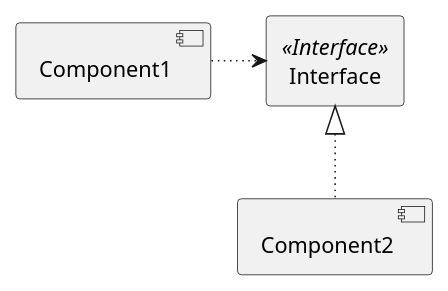
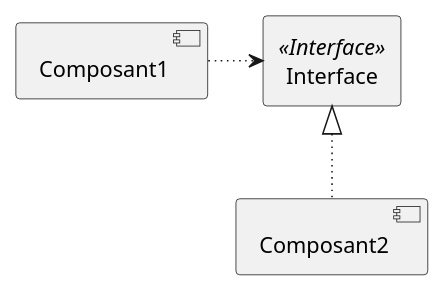
One commit to gigl-uml/Guide_uml_polymtl changed the diagram in plant_uml/interfaceDependenciesExample.plantuml. Above: the diagram before and after it, drawn with PlantUML. The commit also changed 10 other files, not shown here.

```diff
--- a/plant_uml/interfaceDependenciesExample.plantuml
+++ b/plant_uml/interfaceDependenciesExample.plantuml
@@ -1,11 +1,11 @@
 @startuml
 hide circle
 skinparam backgroundcolor transparent
 
-component Component1
-component Component2
+component Composant1
+component Composant2
 rectangle Interface <<Interface>>
 
-Interface <-[dotted]l- Component1
-Interface <|-[dotted]- Component2
+Interface <-[dotted]l- Composant1
+Interface <|-[dotted]- Composant2
 @enduml
```
